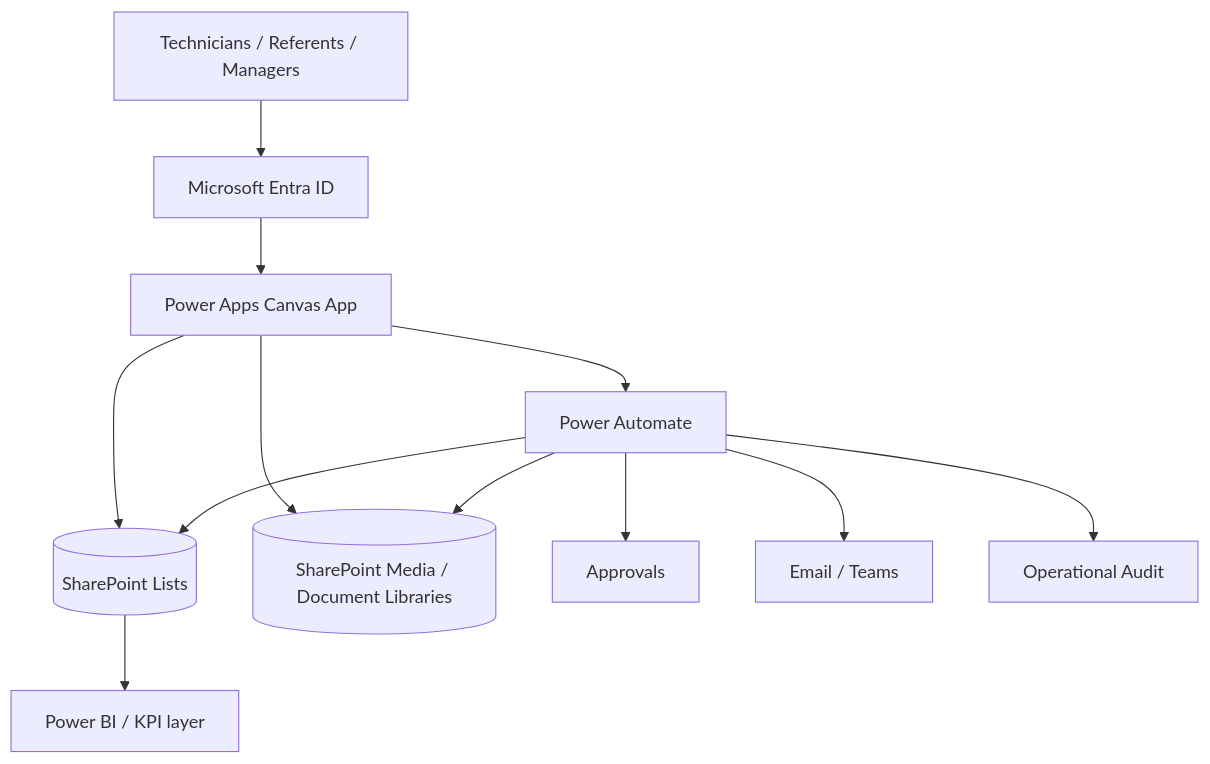
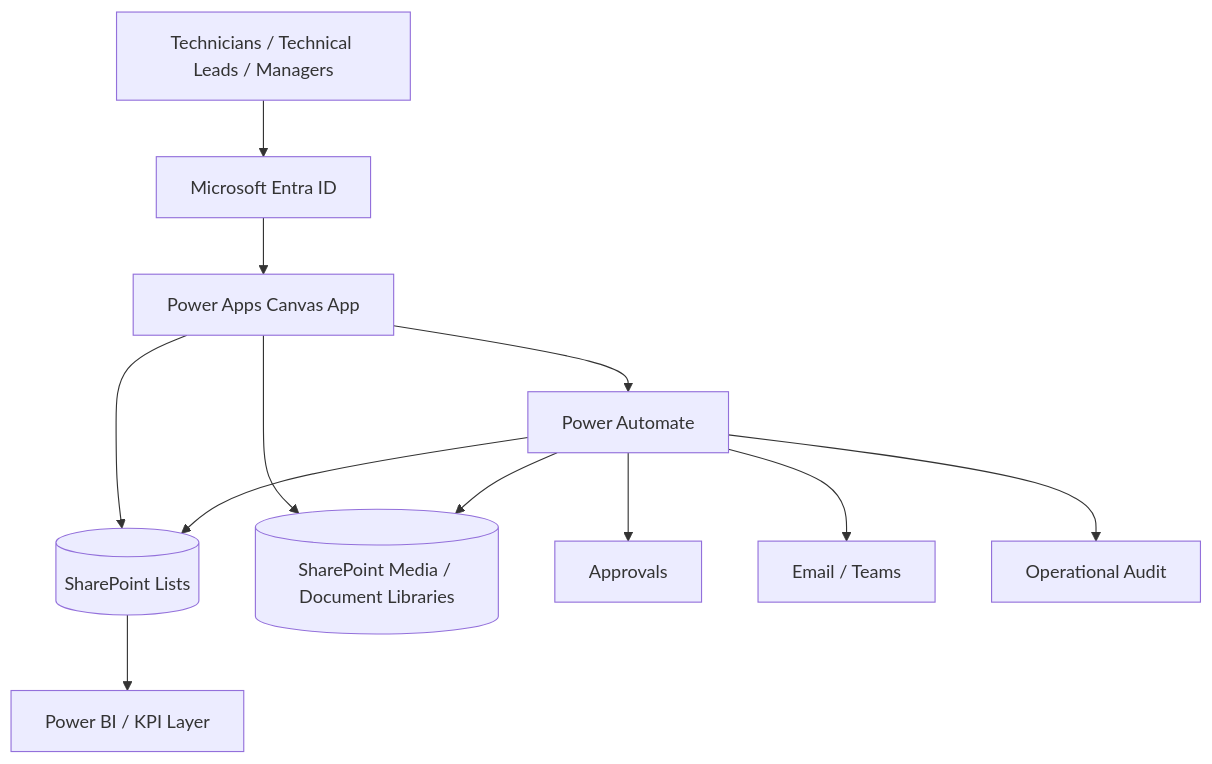
One commit to jeffersonkuku/jefferson-Mawapanga-Saku changed the diagram in projects/building-operations-hub/README.md. Above: the diagram before and after it, drawn with Mermaid. The commit also changed other lines of this file, not shown here.

````diff
--- a/projects/building-operations-hub/README.md
+++ b/projects/building-operations-hub/README.md
@@ -245,17 +125,17 @@
 ```mermaid
 flowchart TB
-    U[Technicians / Referents / Managers] --> ENTRA[Microsoft Entra ID]
+    U[Technicians / Technical Leads / Managers] --> ENTRA[Microsoft Entra ID]
     ENTRA --> APP[Power Apps Canvas App]
 
     APP --> SP[(SharePoint Lists)]
     APP --> LIB[(SharePoint Media / Document Libraries)]
     APP --> FLOW[Power Automate]
 
     FLOW --> SP
     FLOW --> LIB
     FLOW --> APPR[Approvals]
     FLOW --> MSG[Email / Teams]
     FLOW --> AUDIT[Operational Audit]
 
-    SP --> BI[Power BI / KPI layer]
+    SP --> BI[Power BI / KPI Layer]
 ```
````
